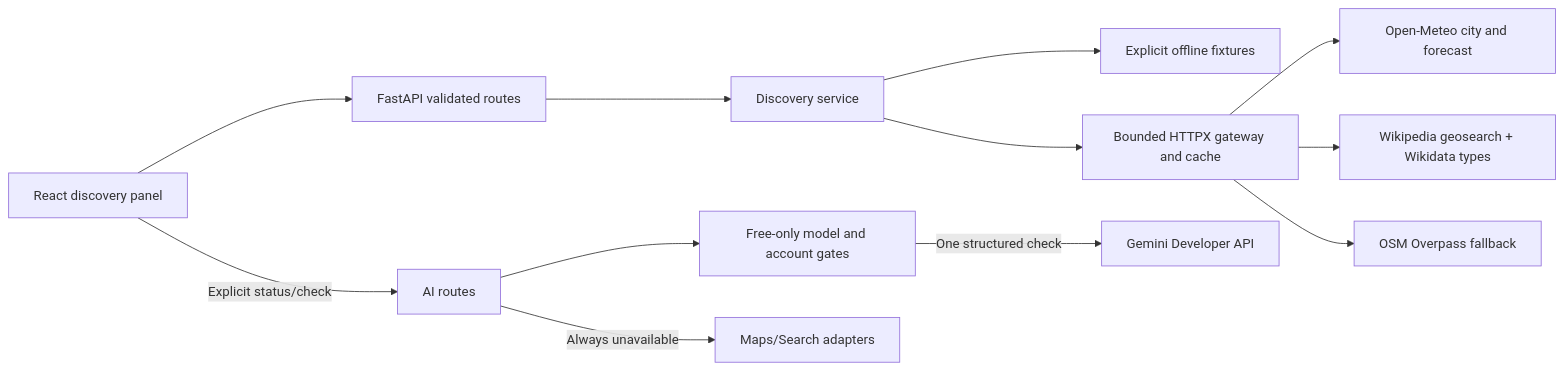
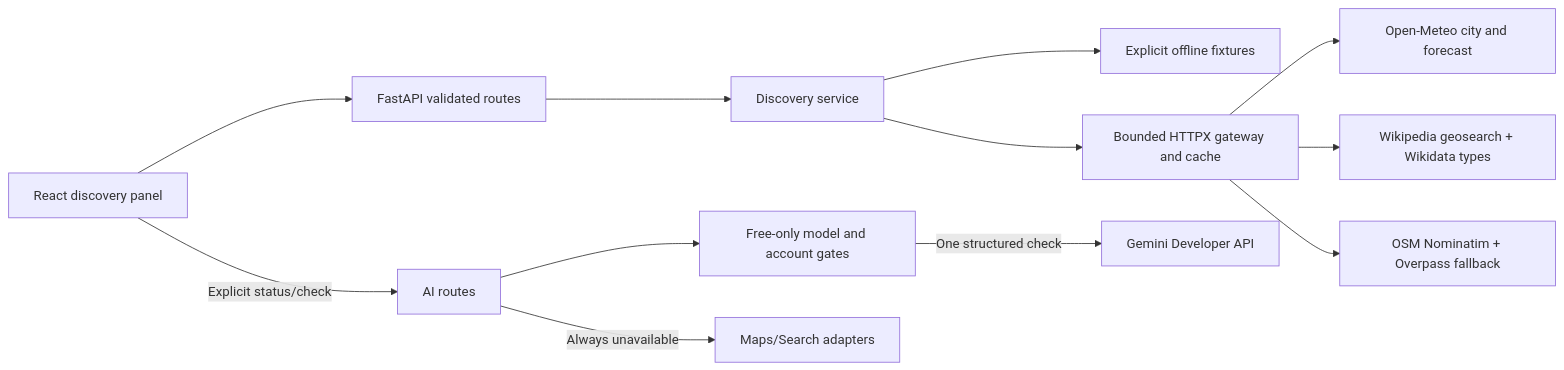
The diagram in docs/architecture.md (TugraDagdelen/ai-travel-planner), drawn with Mermaid before and after one commit. The commit also changed other lines of this file and 16 other files, not shown here.

````diff
--- a/docs/architecture.md
+++ b/docs/architecture.md
@@ -3,14 +3,14 @@
 ```mermaid
 flowchart LR
     UI[React discovery panel] --> API[FastAPI validated routes]
     API --> Service[Discovery service]
     Service --> Demo[Explicit offline fixtures]
     Service --> Gateway[Bounded HTTPX gateway and cache]
     Gateway --> Meteo[Open-Meteo city and forecast]
     Gateway --> Wiki[Wikipedia geosearch + Wikidata types]
-    Gateway --> OSM[OSM Overpass fallback]
+    Gateway --> OSM[OSM Nominatim + Overpass fallback]
     UI -->|Explicit status/check| AIAPI[AI routes]
     AIAPI --> Gate[Free-only model and account gates]
     Gate -->|One structured check| Gemini[Gemini Developer API]
     AIAPI -->|Always unavailable| Grounding[Maps/Search adapters]
 ```
````
